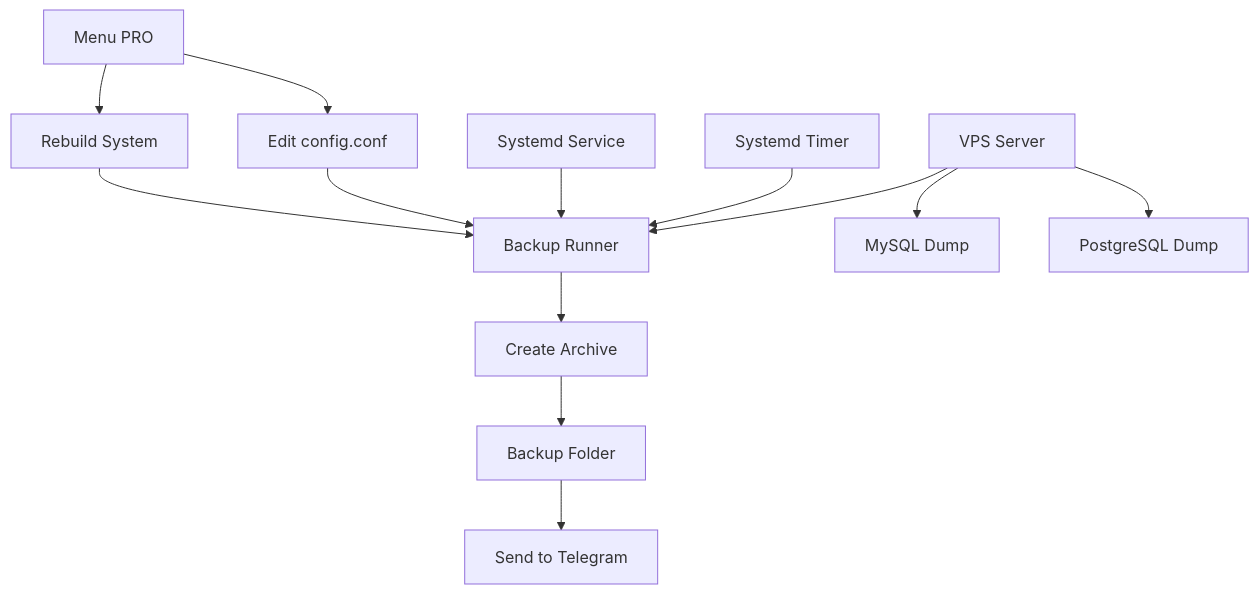
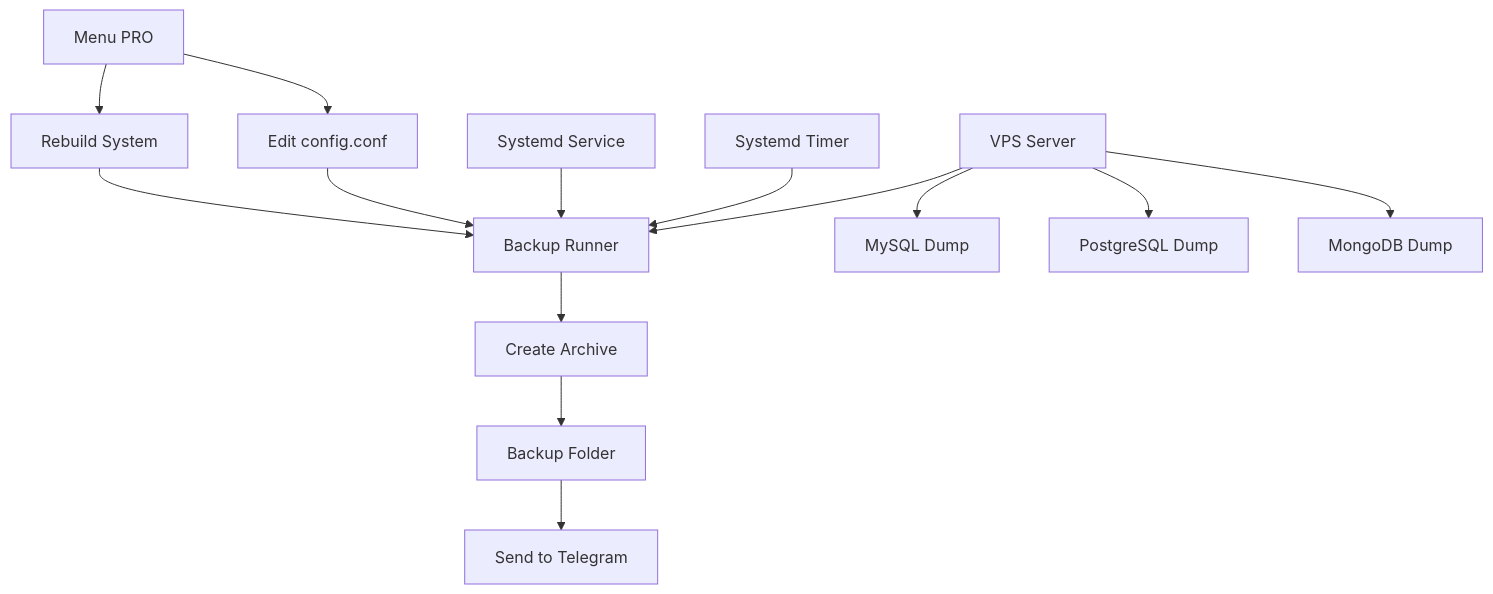
One commit to heruhendri/bot-backup-vps-script changed the first of 2 diagrams in README.md. Above: the diagram before and after it, drawn with Mermaid. The commit also changed other lines of this file and 1 other file, not shown here.

````diff
--- a/README.md
+++ b/README.md
@@ -161,21 +197,21 @@
 ```mermaid
 flowchart TD
     A[VPS Server] --> B[Backup Runner]
+
     A --> C[MySQL Dump]
     A --> D[PostgreSQL Dump]
+    A --> E[MongoDB Dump]
 
-    B --> E[Create Archive]
-    E --> F[Backup Folder]
+    B --> F[Create Archive]
+    F --> G[Backup Folder]
+    G --> H[Send to Telegram]
 
-    F --> G[Send to Telegram]
+    I[Systemd Timer] --> B
+    J[Systemd Service] --> B
 
-    H[Systemd Timer] --> B
-    I[Systemd Service] --> B
+    K[Menu PRO] --> L[Edit config.conf]
+    K --> M[Rebuild System]
 
-    J[Menu PRO] --> K[Edit config.conf]
-    J --> L[Rebuild System]
-
-    K --> B
     L --> B
-
+    M --> B
 ```
````
